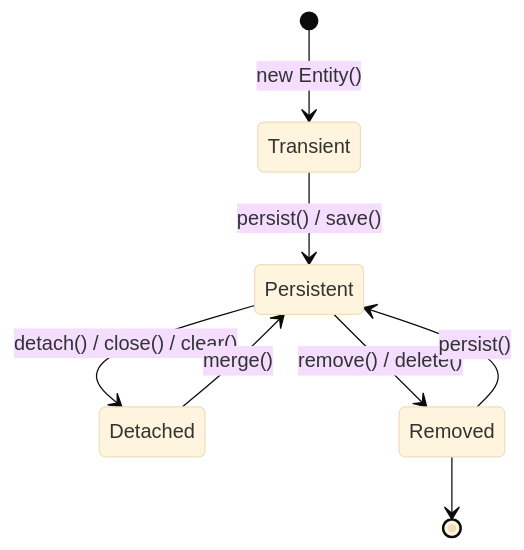
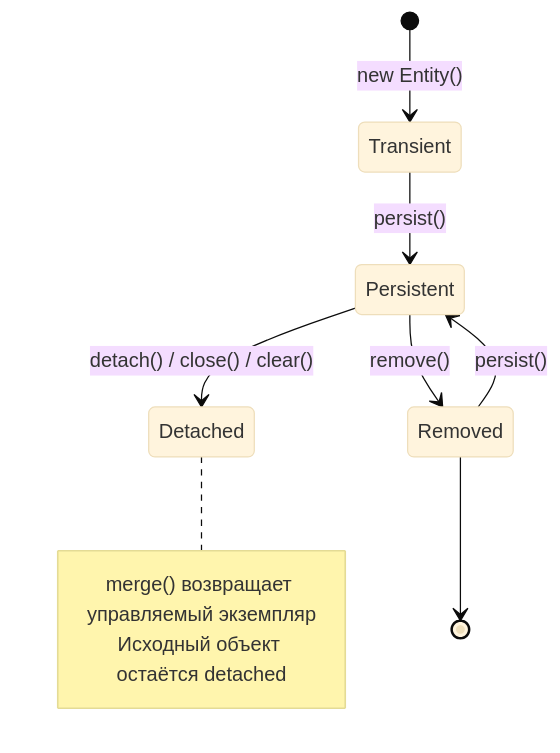
Before and after one commit to akeverus/cheat-sheet: the third of 6 diagrams in cheatsheets/interview/databases/hibernate-interview.md, drawn with Mermaid (base theme). The commit also changed other lines of this file and 154 other files, not shown here.

````diff
--- a/cheatsheets/interview/databases/hibernate-interview.md
+++ b/cheatsheets/interview/databases/hibernate-interview.md
@@ -328,10 +328,13 @@
 ```mermaid
 stateDiagram-v2
     [*] --> Transient: new Entity()
-    Transient --> Persistent: persist() / save()
+    Transient --> Persistent: persist()
     Persistent --> Detached: detach() / close() / clear()
-    Persistent --> Removed: remove() / delete()
-    Detached --> Persistent: merge()
+    Persistent --> Removed: remove()
+    note right of Detached
+        merge() возвращает управляемый экземпляр
+        Исходный объект остаётся detached
+    end note
     Removed --> Persistent: persist()
     Removed --> [*]
 ```
````
